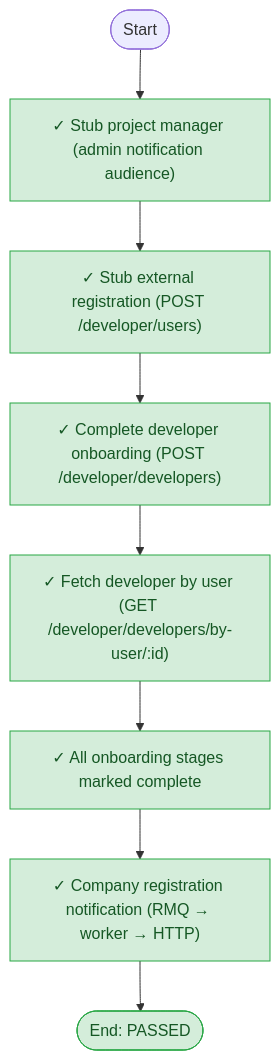
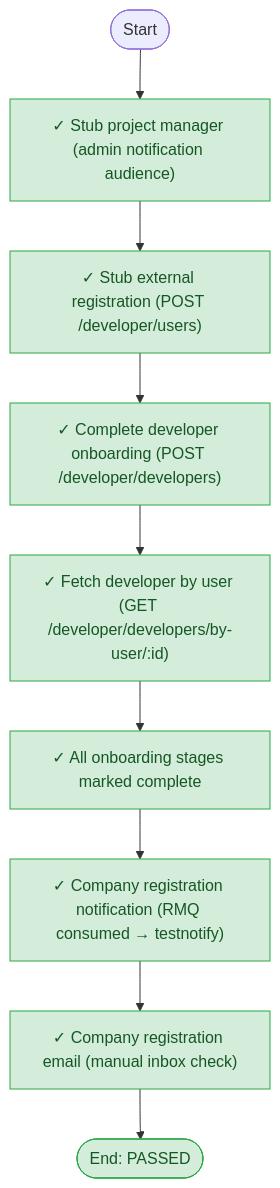
One commit to Valentine-Efagene/mreif-pilot changed the diagram in system-tests/developer-onboarding-flow/REPORT.md. Above: the diagram before and after it, drawn with Mermaid. The commit also changed other lines of this file and 13 other files, not shown here.

````diff
--- a/system-tests/developer-onboarding-flow/REPORT.md
+++ b/system-tests/developer-onboarding-flow/REPORT.md
@@ -17,29 +17,32 @@
 ```mermaid
 flowchart TD
   classDef passed fill:#d4edda,stroke:#28a745,color:#155724
   classDef failed fill:#f8d7da,stroke:#dc3545,color:#721c24
   classDef skipped fill:#e2e3e5,stroke:#6c757d,color:#383d41
   classDef pending fill:#fff3cd,stroke:#ffc107,color:#856404
   start([Start])
   m0["✓ Stub project manager (admin notification audience)"]
   start --> m0
   class m0 passed
   m1["✓ Stub external registration (POST /developer/users)"]
   m0 --> m1
   class m1 passed
   m2["✓ Complete developer onboarding (POST /developer/developers)"]
   m1 --> m2
   class m2 passed
   m3["✓ Fetch developer by user (GET /developer/developers/by-user/:id)"]
   m2 --> m3
   class m3 passed
   m4["✓ All onboarding stages marked complete"]
   m3 --> m4
   class m4 passed
-  m5["✓ Company registration notification (RMQ → worker → HTTP)"]
+  m5["✓ Company registration notification (RMQ consumed → testnotify)"]
   m4 --> m5
   class m5 passed
+  m6["✓ Company registration email (manual inbox check)"]
+  m5 --> m6
+  class m6 passed
   endNode([End: PASSED])
-  m5 --> endNode
+  m6 --> endNode
   class endNode passed
 ```
````
